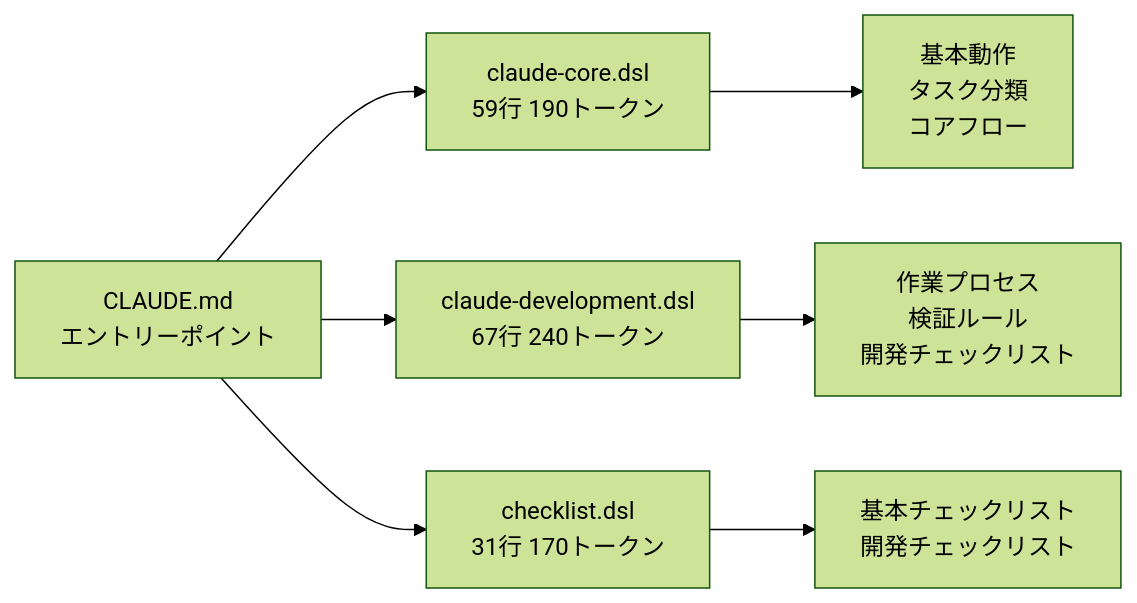
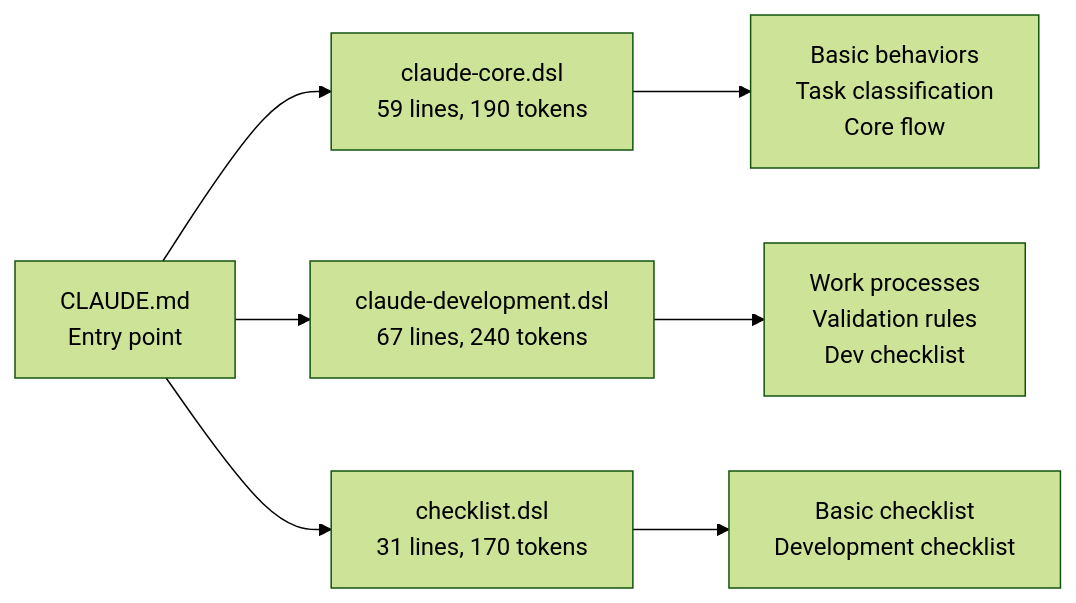
One commit to reivosar/claude-code-engineering-guide changed the third of 6 diagrams in dsl/FLOW.md. Above: the diagram before and after it, drawn with Mermaid (forest theme). The commit also changed other lines of this file and 1 other file, not shown here.

First line of the commit message:
UPDATE: Convert FLOW.md to English and add link from README

````diff
--- a/dsl/FLOW.md
+++ b/dsl/FLOW.md
@@ -56,10 +56,10 @@
 ```mermaid
 graph LR
-    CLAUDE[CLAUDE.md<br/>エントリーポイント] --> Core[claude-core.dsl<br/>59行 190トークン]
-    CLAUDE --> Dev[claude-development.dsl<br/>67行 240トークン]
-    CLAUDE --> Check[checklist.dsl<br/>31行 170トークン]
+    CLAUDE[CLAUDE.md<br/>Entry point] --> Core[claude-core.dsl<br/>59 lines, 190 tokens]
+    CLAUDE --> Dev[claude-development.dsl<br/>67 lines, 240 tokens]
+    CLAUDE --> Check[checklist.dsl<br/>31 lines, 170 tokens]
     
-    Core --> CoreComp[基本動作<br/>タスク分類<br/>コアフロー]
-    Dev --> DevComp[作業プロセス<br/>検証ルール<br/>開発チェックリスト]
-    Check --> CheckComp[基本チェックリスト<br/>開発チェックリスト]
+    Core --> CoreComp[Basic behaviors<br/>Task classification<br/>Core flow]
+    Dev --> DevComp[Work processes<br/>Validation rules<br/>Dev checklist]
+    Check --> CheckComp[Basic checklist<br/>Development checklist]
 ```
````
